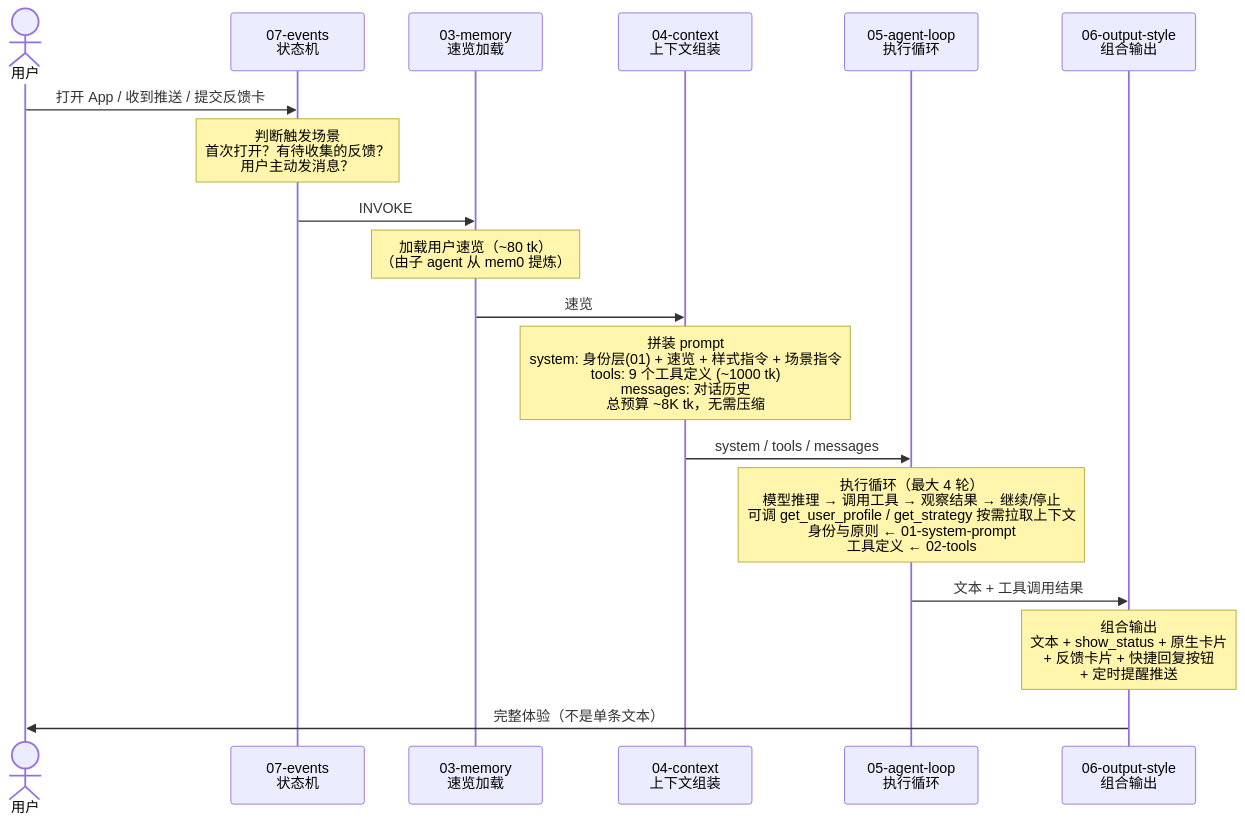
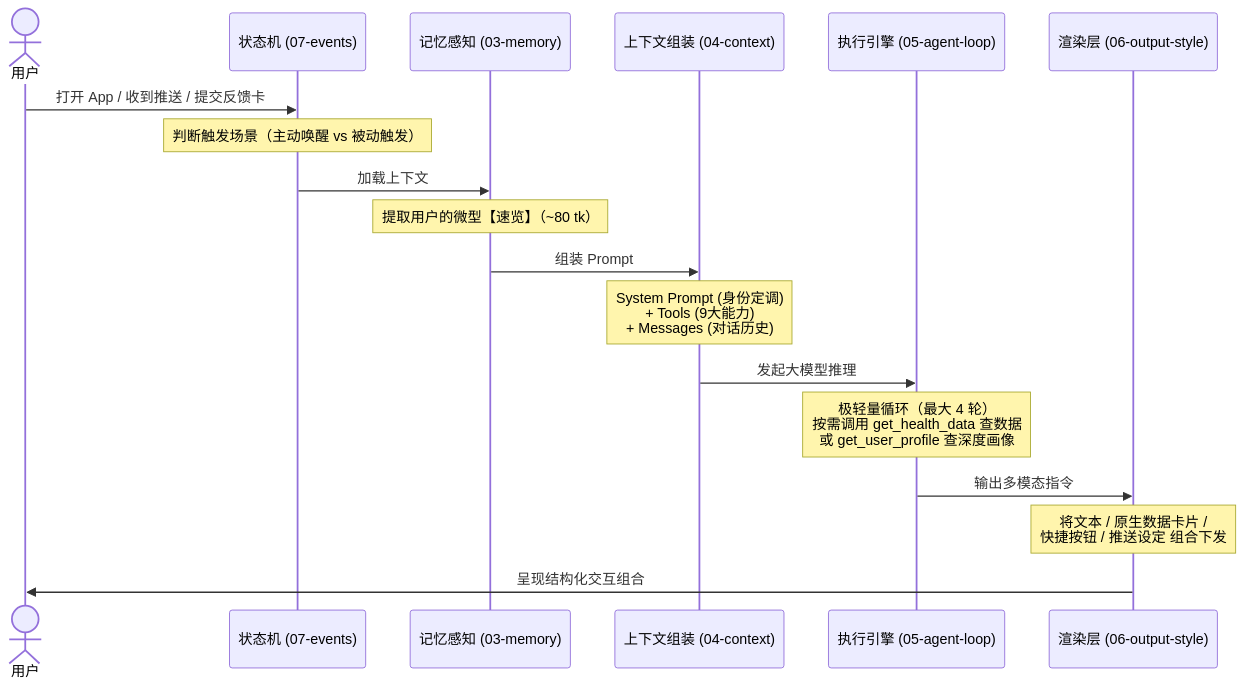
The diagram in isho-agent/README.md (Trendolhxh/test), drawn with Mermaid before and after one commit. The commit also changed other lines of this file, not shown here.

````diff
--- a/isho-agent/README.md
+++ b/isho-agent/README.md
@@ -20,26 +38,26 @@
 ```mermaid
 sequenceDiagram
     actor 用户
-    participant Events as 07-events<br/>状态机
-    participant Memory as 03-memory<br/>速览加载
-    participant Context as 04-context<br/>上下文组装
-    participant AgentLoop as 05-agent-loop<br/>执行循环
-    participant Style as 06-output-style<br/>组合输出
+    participant Events as 状态机 (07-events)
+    participant Memory as 记忆感知 (03-memory)
+    participant Context as 上下文组装 (04-context)
+    participant AgentLoop as 执行引擎 (05-agent-loop)
+    participant Style as 渲染层 (06-output-style)
 
     用户->>Events: 打开 App / 收到推送 / 提交反馈卡
-    Note over Events: 判断触发场景<br/>首次打开？有待收集的反馈？<br/>用户主动发消息？
+    Note over Events: 判断触发场景（主动唤醒 vs 被动触发）
 
-    Events->>Memory: INVOKE
-    Note over Memory: 加载用户速览（~80 tk）<br/>（由子 agent 从 mem0 提炼）
+    Events->>Memory: 加载上下文
+    Note over Memory: 提取用户的微型【速览】（~80 tk）
 
-    Memory->>Context: 速览
-    Note over Context: 拼装 prompt<br/>system: 身份层(01) + 速览 + 样式指令 + 场景指令<br/>tools: 9 个工具定义 (~1000 tk)<br/>messages: 对话历史<br/>总预算 ~8K tk，无需压缩
+    Memory->>Context: 组装 Prompt
+    Note over Context: System Prompt (身份定调) <br/>+ Tools (9大能力) <br/>+ Messages (对话历史)
 
-    Context->>AgentLoop: system / tools / messages
-    Note over AgentLoop: 执行循环（最大 4 轮）<br/>模型推理 → 调用工具 → 观察结果 → 继续/停止<br/>可调 get_user_profile / get_strategy 按需拉取上下文<br/>身份与原则 ← 01-system-prompt<br/>工具定义 ← 02-tools
+    Context->>AgentLoop: 发起大模型推理
+    Note over AgentLoop: 极轻量循环（最大 4 轮）<br/>按需调用 get_health_data 查数据<br/>或 get_user_profile 查深度画像
 
-    AgentLoop->>Style: 文本 + 工具调用结果
-    Note over Style: 组合输出<br/>文本 + show_status + 原生卡片<br/>+ 反馈卡片 + 快捷回复按钮<br/>+ 定时提醒推送
+    AgentLoop->>Style: 输出多模态指令
+    Note over Style: 将文本 / 原生数据卡片 / <br/>快捷按钮 / 推送设定 组合下发
 
-    Style->>用户: 完整体验（不是单条文本）
+    Style->>用户: 呈现结构化交互组合
 ```
````
